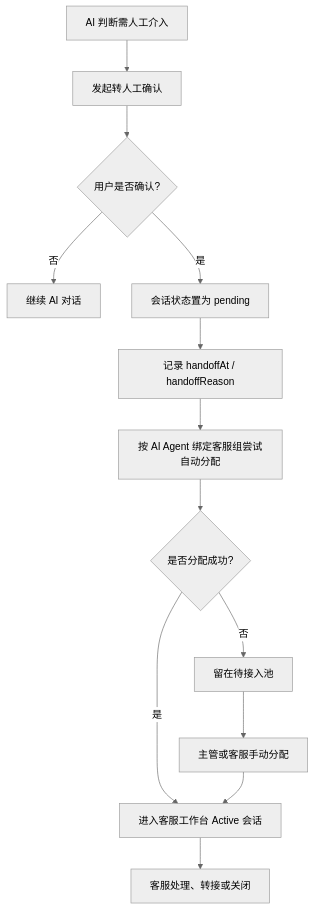
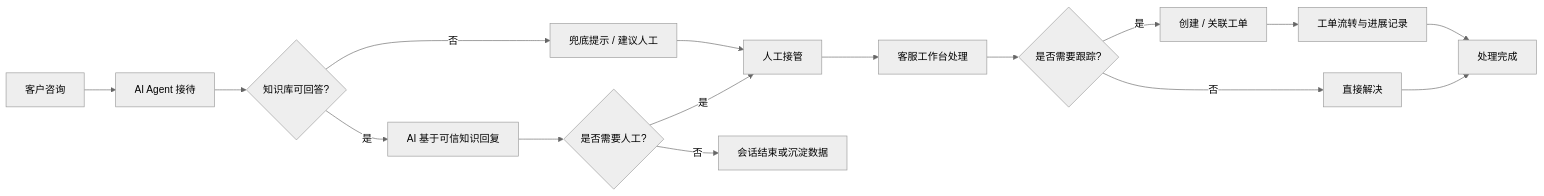
Before and after one commit to sailsweep/agent-desk: the second of 2 diagrams in README.md, drawn with Mermaid (neutral theme). The commit also changed other lines of this file and 5 other files, not shown here.

````diff
--- a/README.md
+++ b/README.md
@@ -85,15 +241,18 @@
 ```mermaid
-flowchart TD
-    A[AI 判断需人工介入] --> B[发起转人工确认]
-    B --> C{用户是否确认?}
-    C -- 否 --> D[继续 AI 对话]
-    C -- 是 --> E[会话状态置为 pending]
-    E --> F[记录 handoffAt / handoffReason]
-    F --> G[按 AI Agent 绑定客服组尝试自动分配]
-    G --> H{是否分配成功?}
-    H -- 是 --> I[进入客服工作台 Active 会话]
-    H -- 否 --> J[留在待接入池]
-    J --> K[主管或客服手动分配]
-    K --> I
-    I --> L[客服处理、转接或关闭]
+flowchart LR
+    A[客户咨询] --> B[AI Agent 接待]
+    B --> C{知识库可回答?}
+    C -- 是 --> D[AI 基于可信知识回复]
+    C -- 否 --> E[兜底提示 / 建议人工]
+    D --> F{是否需要人工?}
+    E --> G[人工接管]
+    F -- 否 --> H[会话结束或沉淀数据]
+    F -- 是 --> G
+    G --> I[客服工作台处理]
+    I --> J{是否需要跟踪?}
+    J -- 是 --> K[创建 / 关联工单]
+    J -- 否 --> L[直接解决]
+    K --> M[工单流转与进展记录]
+    M --> N[处理完成]
+    L --> N
 ```
````
